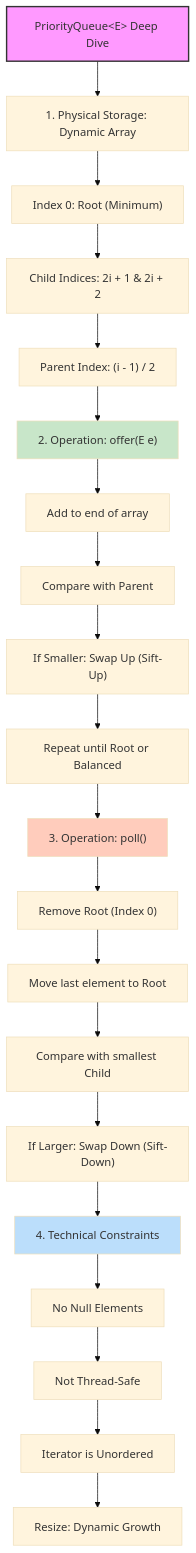
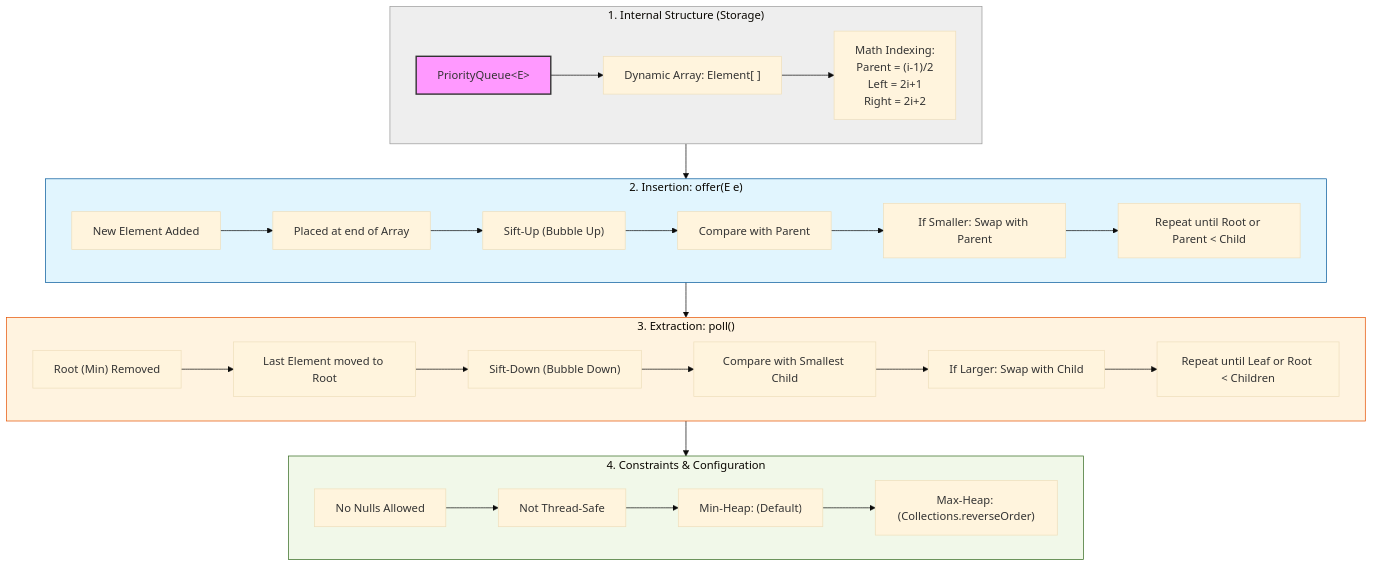
One commit to srinidevlearn/java-learn-collections changed diagram 19 of 30 in Collections.md. Above: the diagram before and after it, drawn with Mermaid (base theme).

Commit message:
modified:   Collections.md

````diff
--- a/Collections.md
+++ b/Collections.md
@@ -610,39 +610,50 @@
 ```mermaid
 graph TD
-    %% Main Identity
-    PQ["PriorityQueue&lt;E&gt; Deep Dive"]
-    
-    %% Storage
-    PQ --> Storage["1. Physical Storage: Dynamic Array"]
-    Storage --> A0["Index 0: Root (Minimum)"]
-    A0 --> A1["Child Indices: 2i + 1 & 2i + 2"]
-    A1 --> A2["Parent Index: (i - 1) / 2"]
+    %% Block 1: The Foundation
+    subgraph Foundation ["1. Internal Structure (Storage)"]
+        PQ["PriorityQueue&lt;E&gt;"]
+        PQ --> Array["Dynamic Array: Element[ ]"]
+        Array --> Math["Math Indexing: <br/> Parent = (i-1)/2 <br/> Left = 2i+1 <br/> Right = 2i+2"]
+    end
 
-    %% Sift Up
-    A2 --> SiftUp["2. Operation: offer(E e)"]
-    SiftUp --> U1["Add to end of array"]
-    U1 --> U2["Compare with Parent"]
-    U2 --> U3["If Smaller: Swap Up (Sift-Up)"]
-    U3 --> U4["Repeat until Root or Balanced"]
+    %% Block 2: The Addition Process
+    subgraph Addition ["2. Insertion: offer(E e)"]
+        StartAdd["New Element Added"]
+        StartAdd --> Tail["Placed at end of Array"]
+        Tail --> SiftUp["Sift-Up (Bubble Up)"]
+        SiftUp --> CompareU["Compare with Parent"]
+        CompareU --> SwapU["If Smaller: Swap with Parent"]
+        SwapU --> RepeatU["Repeat until Root or Parent &lt; Child"]
+    end
 
-    %% Sift Down
-    U4 --> SiftDown["3. Operation: poll()"]
-    SiftDown --> D1["Remove Root (Index 0)"]
-    D1 --> D2["Move last element to Root"]
-    D2 --> D3["Compare with smallest Child"]
-    D3 --> D4["If Larger: Swap Down (Sift-Down)"]
+    %% Block 3: The Removal Process
+    subgraph Removal ["3. Extraction: poll()"]
+        StartRem["Root (Min) Removed"]
+        StartRem --> Replace["Last Element moved to Root"]
+        Replace --> SiftDown["Sift-Down (Bubble Down)"]
+        SiftDown --> CompareD["Compare with Smallest Child"]
+        CompareD --> SwapD["If Larger: Swap with Child"]
+        SwapD --> RepeatD["Repeat until Leaf or Root &lt; Children"]
+    end
 
-    %% Constraints
-    D4 --> Specs["4. Technical Constraints"]
-    Specs --> R1["No Null Elements"]
-    R1 --> R2["Not Thread-Safe"]
-    R2 --> R3["Iterator is Unordered"]
-    R3 --> R4["Resize: Dynamic Growth"]
+    %% Block 4: Configuration & Limits
+    subgraph Rules ["4. Constraints & Configuration"]
+        C1["No Nulls Allowed"]
+        C1 --> C2["Not Thread-Safe"]
+        C2 --> C3["Min-Heap: (Default)"]
+        C3 --> C4["Max-Heap: (Collections.reverseOrder)"]
+    end
 
-    %% Styling
+    %% Connecting the Blocks vertically
+    Foundation --> Addition
+    Addition --> Removal
+    Removal --> Rules
+
+    %% Styling for visual separation
     style PQ fill:#f9f,stroke:#333,stroke-width:2px
-    style SiftUp fill:#c8e6c9
-    style SiftDown fill:#ffccbc
-    style Specs fill:#bbdefb
+    style Foundation fill:#eee,stroke:#999
+    style Addition fill:#e1f5fe,stroke:#01579b
+    style Removal fill:#fff3e0,stroke:#e65100
+    style Rules fill:#f1f8e9,stroke:#33691e
 
 ```
````
